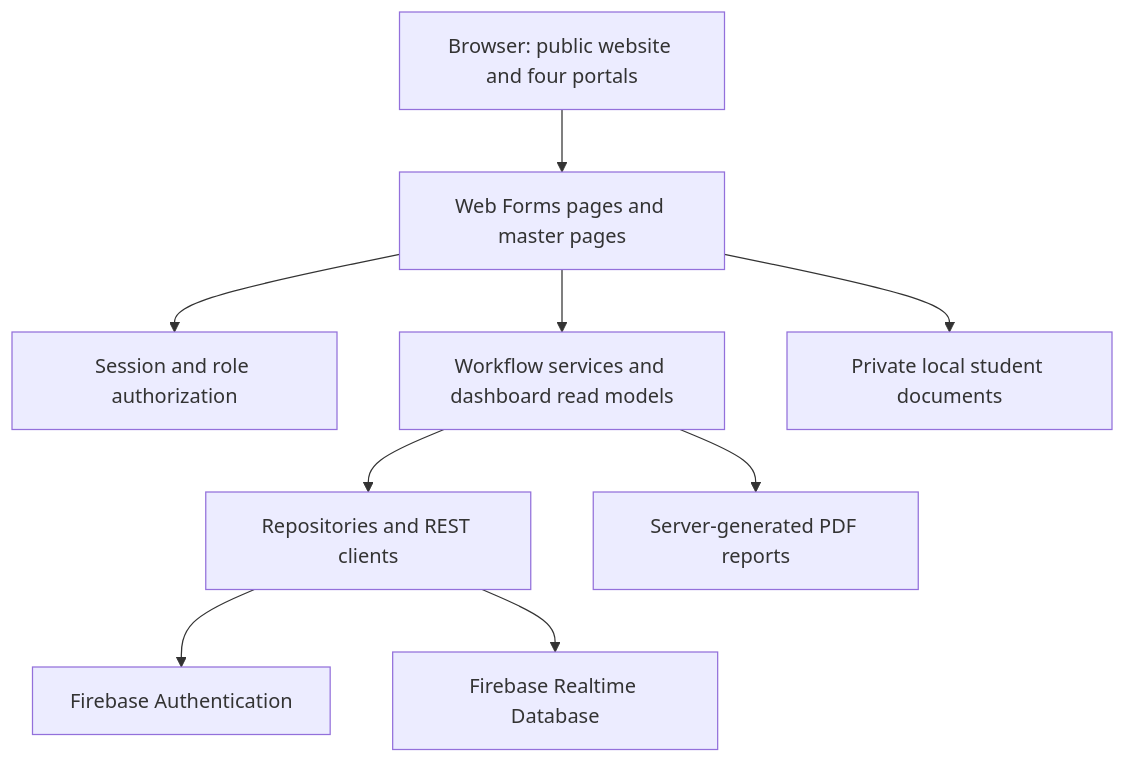
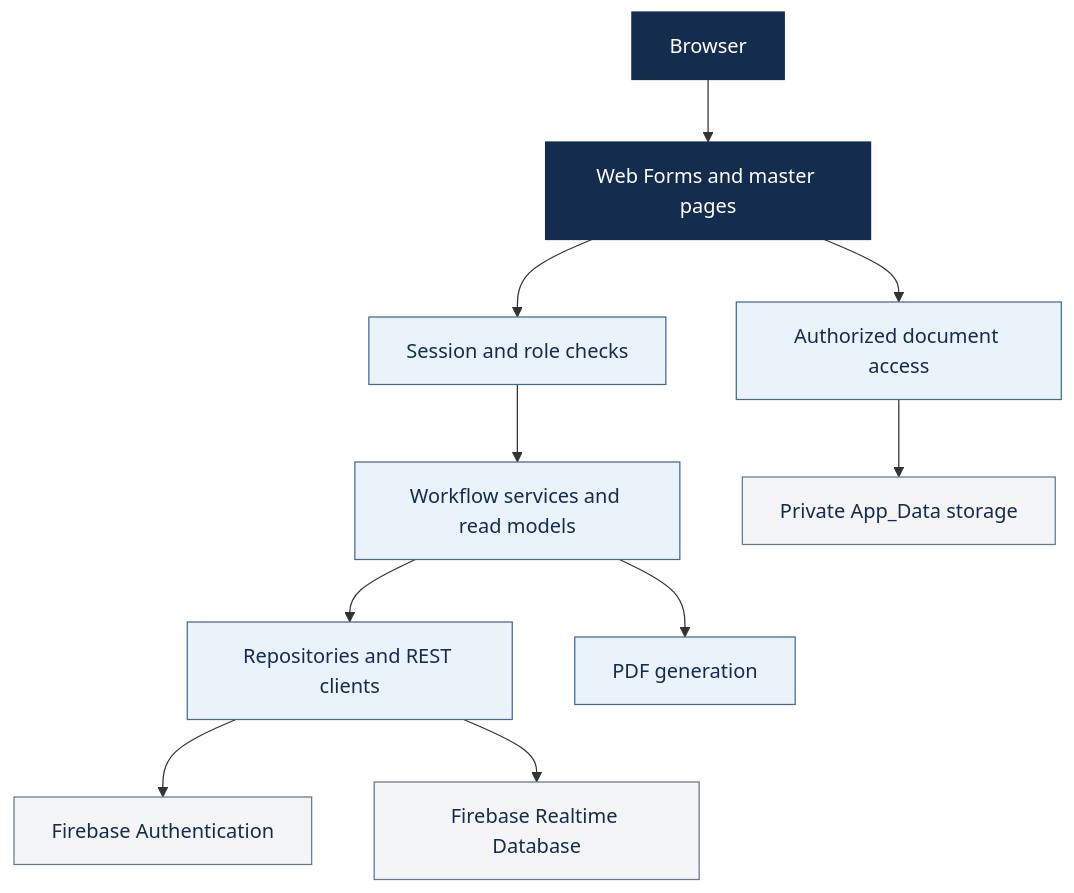
One commit to internship-system-group4/internship-management-system changed the fifth of 5 diagrams in README.md. Above: the diagram before and after it, drawn with Mermaid. The commit also changed other lines of this file, not shown here.

````diff
--- a/README.md
+++ b/README.md
@@ -205,11 +299,19 @@
 ```mermaid
-flowchart TD
-    Browser[Browser: public website and four portals] --> Web[Web Forms pages and master pages]
-    Web --> Access[Session and role authorization]
-    Web --> Services[Workflow services and dashboard read models]
-    Services --> Data[Repositories and REST clients]
-    Data --> Auth[Firebase Authentication]
-    Data --> Database[Firebase Realtime Database]
-    Web --> Files[Private local student documents]
-    Services --> Reports[Server-generated PDF reports]
+flowchart TB
+    Browser["Browser"] --> Pages["Web Forms and master pages"]
+    Pages --> Security["Session and role checks"]
+    Security --> Services["Workflow services and read models"]
+    Pages --> Documents["Authorized document access"]
+    Documents --> Local["Private App_Data storage"]
+    Services --> Repositories["Repositories and REST clients"]
+    Services --> Reports["PDF generation"]
+    Repositories --> Auth["Firebase Authentication"]
+    Repositories --> Database["Firebase Realtime Database"]
+
+    classDef entry fill:#142D4E,stroke:#142D4E,color:#FFFFFF
+    classDef app fill:#EAF2FA,stroke:#426B94,color:#142D4E
+    classDef storage fill:#F3F5F7,stroke:#66788A,color:#142D4E
+    class Browser,Pages entry
+    class Security,Services,Documents,Repositories,Reports app
+    class Local,Auth,Database storage
 ```
````
